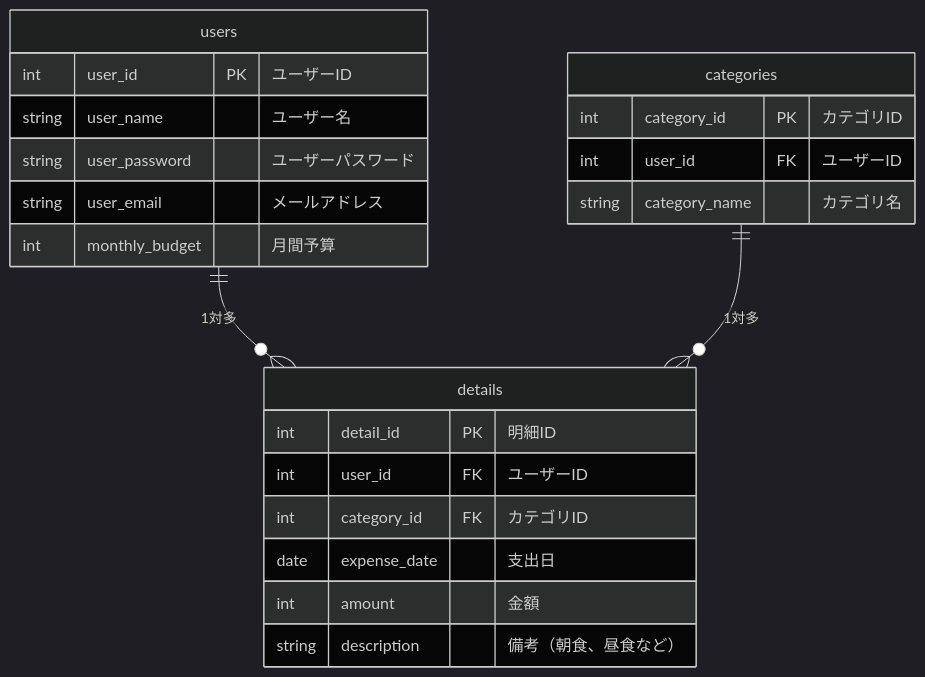
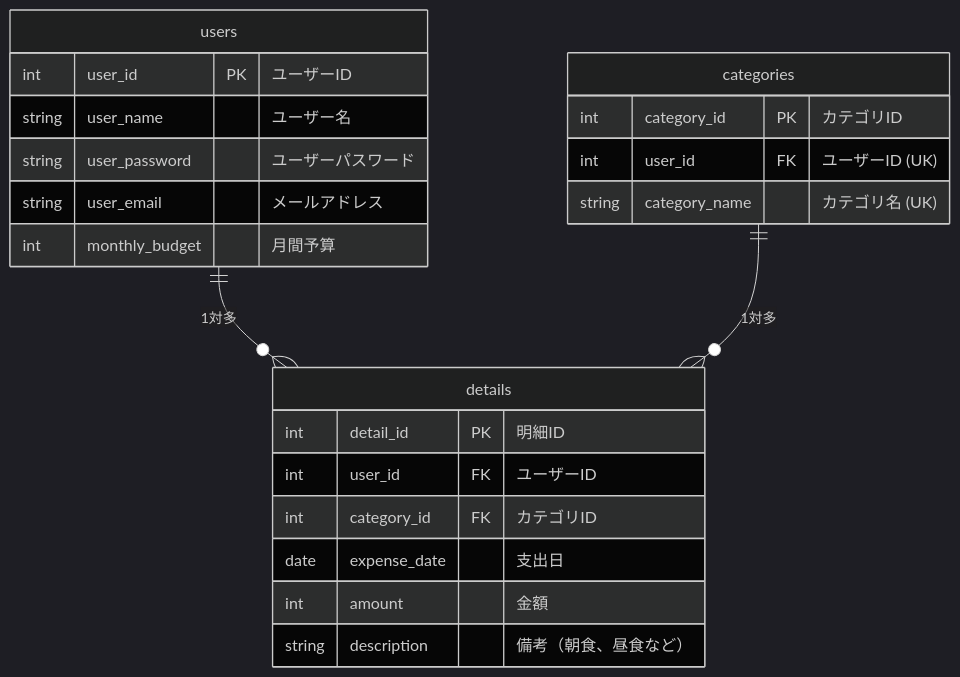
One commit to youegawa/youegawa-web-app changed the diagram in README.md. Above: the diagram before and after it, drawn with Mermaid (dark theme). The commit also changed 1 other file, not shown here.

Commit message:
カテゴリーIDをユニークキーとして定義

````diff
--- a/README.md
+++ b/README.md
@@ -204,26 +204,26 @@
 ```mermaid
 erDiagram
     users ||--o{ details : "1対多"
     categories ||--o{ details : "1対多"
 
     users {
         int user_id PK "ユーザーID"
         string user_name "ユーザー名"
         string user_password "ユーザーパスワード"
         string user_email "メールアドレス"
         int monthly_budget "月間予算"
     }
     categories {
         int category_id PK "カテゴリID"
-        int user_id FK "ユーザーID"　　　　
-        string category_name "カテゴリ名"
+        int user_id FK "ユーザーID (UK)"
+        string category_name "カテゴリ名 (UK)"
     }
     details {
         int detail_id PK "明細ID"
         int user_id FK "ユーザーID"
         int category_id FK "カテゴリID"
         date expense_date "支出日"
         int amount "金額"
         string description "備考（朝食、昼食など）"
     }
 ```
````
